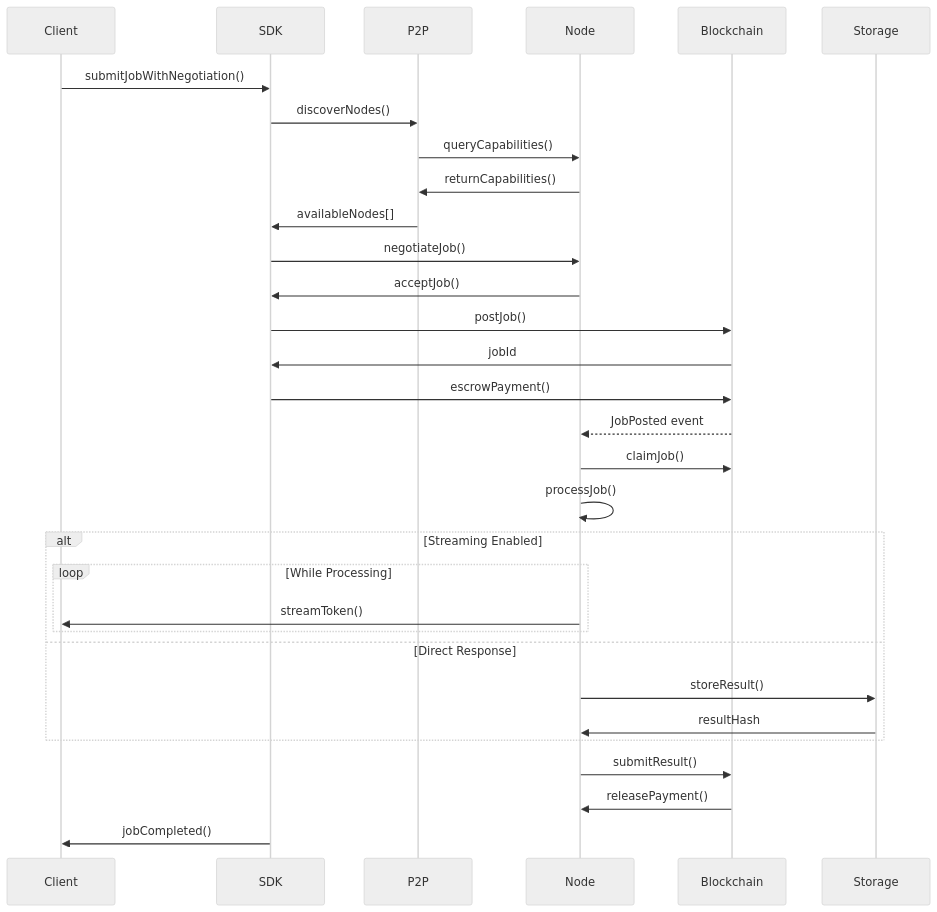
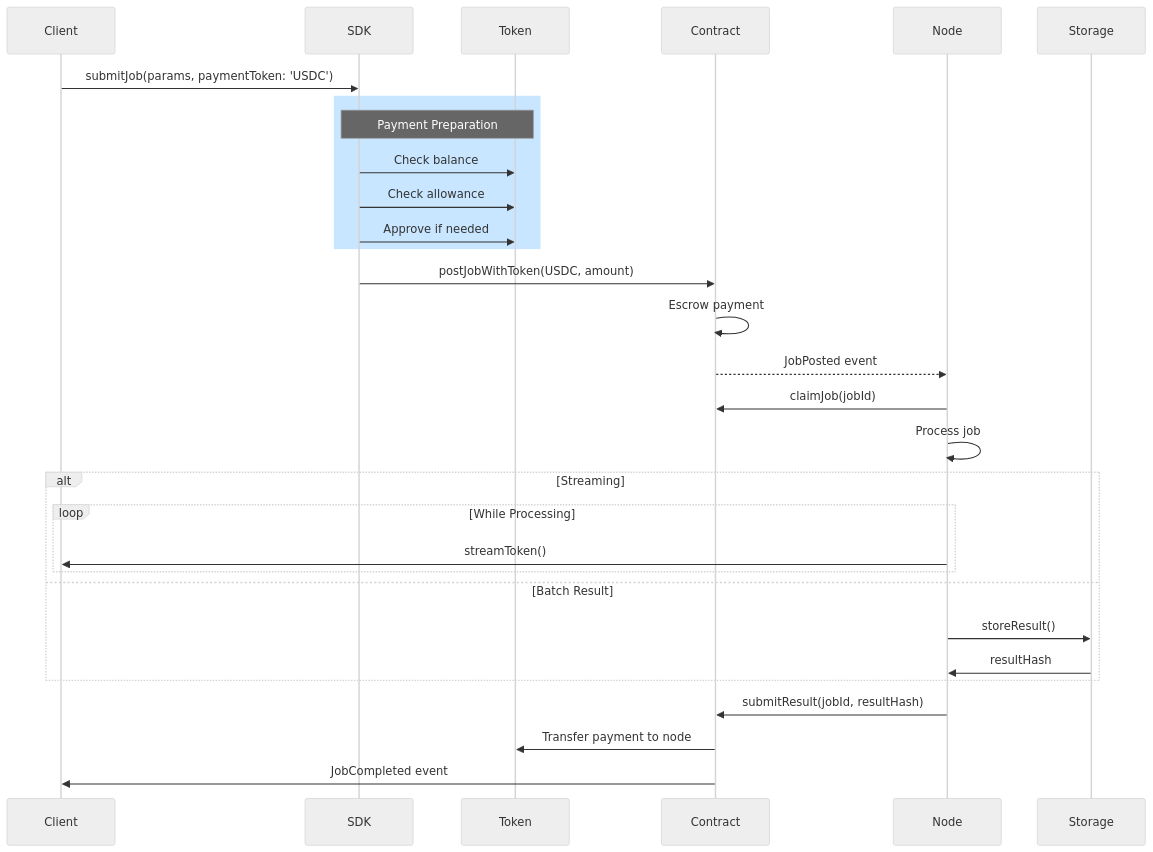
The seventh of 9 diagrams in docs/ARCHITECTURE.md (Fabstir/fabstir-llm-sdk), drawn with Mermaid (neutral theme) before and after one commit. The commit also changed other lines of this file and 5 other files, not shown here.

````diff
--- a/docs/ARCHITECTURE.md
+++ b/docs/ARCHITECTURE.md
@@ -259,40 +376,38 @@
 ```mermaid
 sequenceDiagram
     participant Client
     participant SDK
-    participant P2P
+    participant Token
+    participant Contract
     participant Node
-    participant Blockchain
     participant Storage
     
-    Client->>SDK: submitJobWithNegotiation()
-    SDK->>P2P: discoverNodes()
-    P2P->>Node: queryCapabilities()
-    Node->>P2P: returnCapabilities()
-    P2P->>SDK: availableNodes[]
+    Client->>SDK: submitJob(params, paymentToken: 'USDC')
     
-    SDK->>Node: negotiateJob()
-    Node->>SDK: acceptJob()
+    rect rgb(200, 230, 255)
+        Note over SDK,Token: Payment Preparation
+        SDK->>Token: Check balance
+        SDK->>Token: Check allowance
+        SDK->>Token: Approve if needed
+    end
     
-    SDK->>Blockchain: postJob()
-    Blockchain->>SDK: jobId
+    SDK->>Contract: postJobWithToken(USDC, amount)
+    Contract->>Contract: Escrow payment
+    Contract-->>Node: JobPosted event
     
-    SDK->>Blockchain: escrowPayment()
-    Blockchain-->>Node: JobPosted event
+    Node->>Contract: claimJob(jobId)
+    Node->>Node: Process job
     
-    Node->>Blockchain: claimJob()
-    Node->>Node: processJob()
-    
-    alt Streaming Enabled
+    alt Streaming
         loop While Processing
             Node->>Client: streamToken()
         end
-    else Direct Response
+    else Batch Result
         Node->>Storage: storeResult()
         Storage->>Node: resultHash
     end
     
-    Node->>Blockchain: submitResult()
-    Blockchain->>Node: releasePayment()
-    SDK->>Client: jobCompleted()
+    Node->>Contract: submitResult(jobId, resultHash)
+    Contract->>Token: Transfer payment to node
+    Contract->>Client: JobCompleted event
 ```
````
